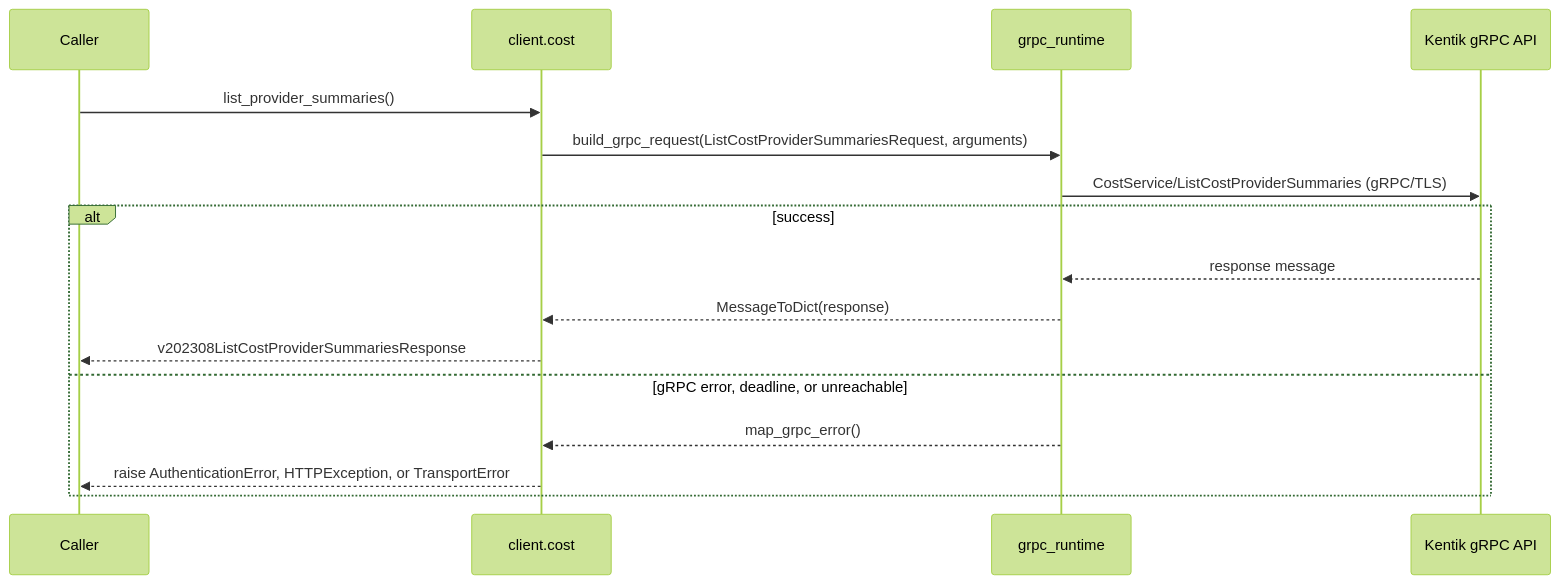
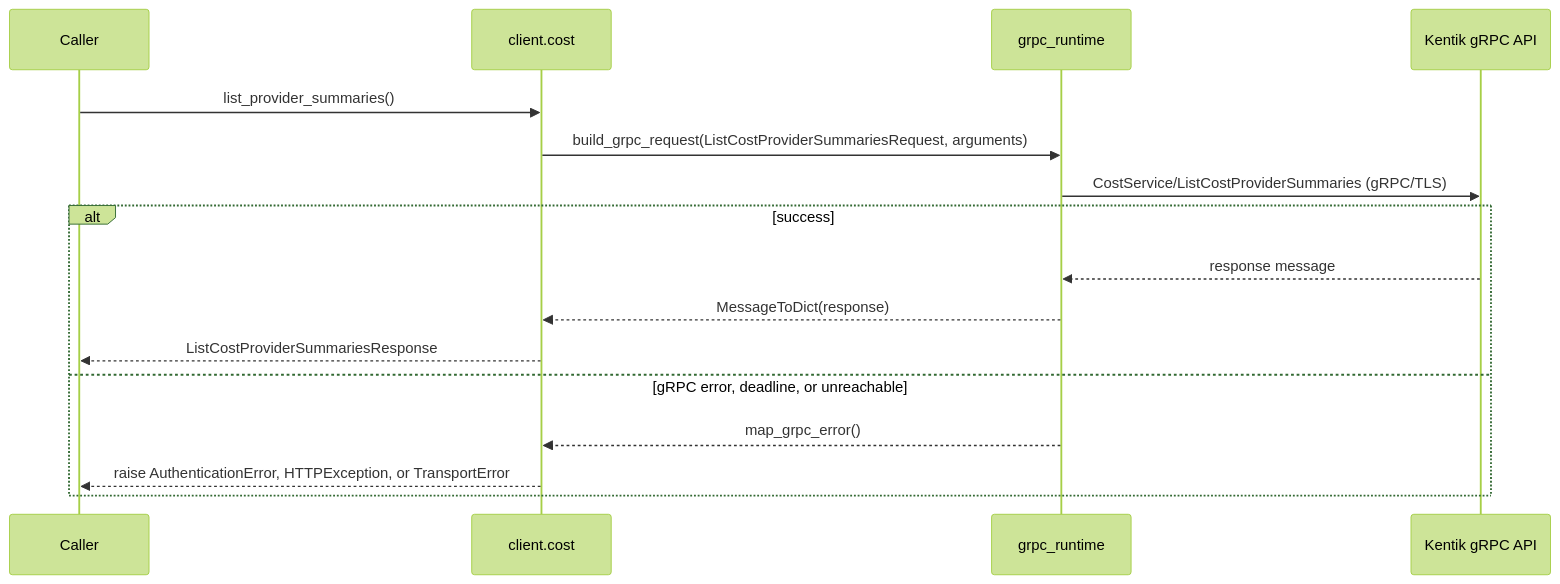
Before and after one commit to alexdearaujo/community_sdk_python: the fifth of 8 diagrams in docs/sphinx/services/cost.md, drawn with Mermaid (forest theme). The commit also changed other lines of this file and 38 other files, not shown here.

````diff
--- a/docs/sphinx/services/cost.md
+++ b/docs/sphinx/services/cost.md
@@ -127,19 +127,19 @@
 ```mermaid
 sequenceDiagram
     participant C as Caller
     participant W as client.cost
     participant R as grpc_runtime
     participant API as Kentik gRPC API
 
     C->>W: list_provider_summaries()
     W->>R: build_grpc_request(ListCostProviderSummariesRequest, arguments)
     R->>API: CostService/ListCostProviderSummaries (gRPC/TLS)
     alt success
         API-->>R: response message
         R-->>W: MessageToDict(response)
-        W-->>C: v202308ListCostProviderSummariesResponse
+        W-->>C: ListCostProviderSummariesResponse
     else gRPC error, deadline, or unreachable
         R-->>W: map_grpc_error()
         W-->>C: raise AuthenticationError, HTTPException, or TransportError
     end
 ```
````
